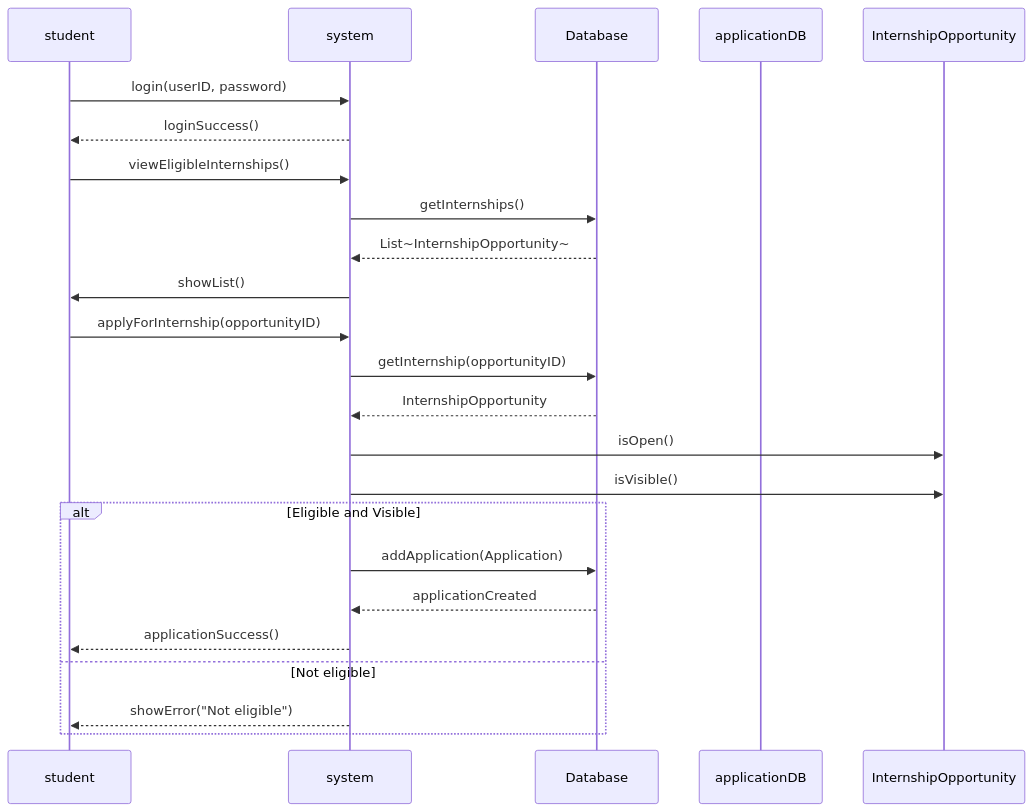
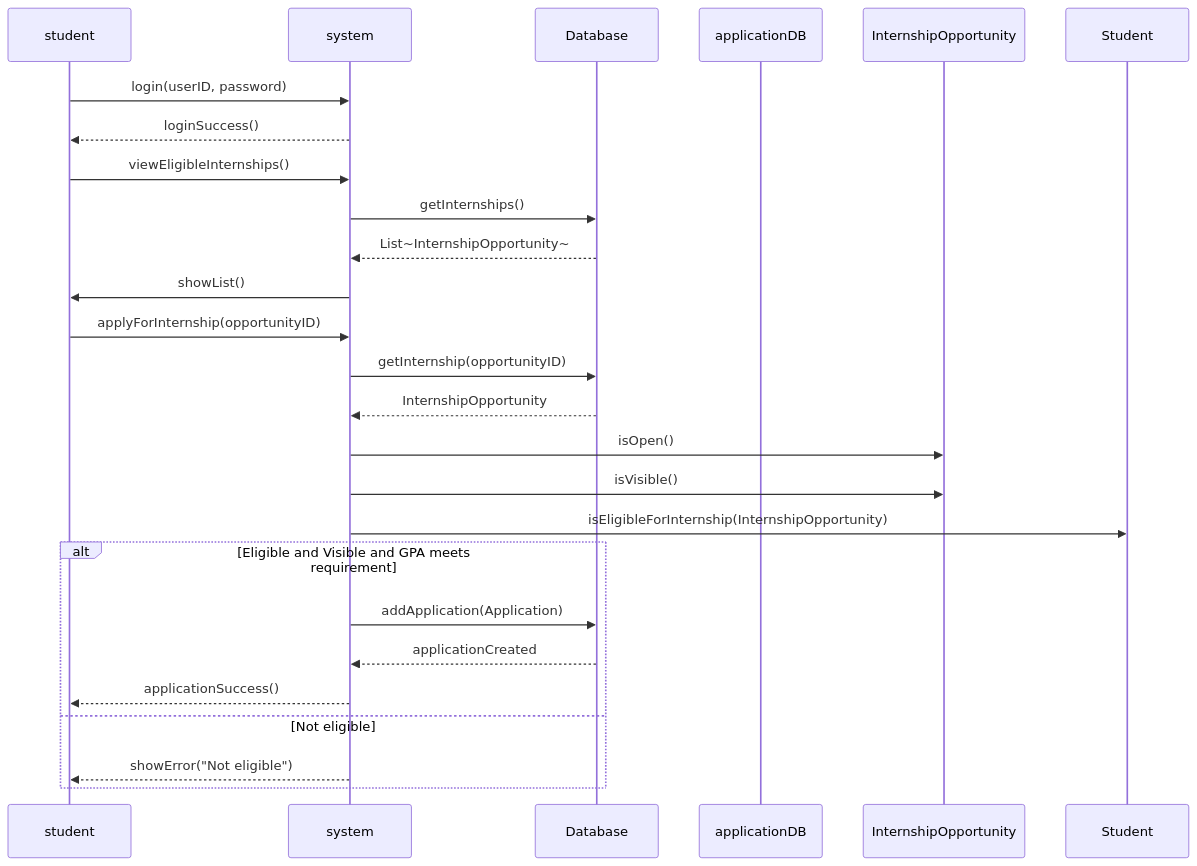
The second of 9 diagrams in README.md (AY25-26-Sem-1-SC2002-SDDA-Group-1/sc2002-oop-assignment), drawn with Mermaid before and after one commit. The commit also changed other lines of this file and 23 other files, not shown here.

````diff
--- a/README.md
+++ b/README.md
@@ -337,57 +415,57 @@
 ```mermaid
 sequenceDiagram
 
     participant student
 
     participant system
 
     participant Database
 
     participant applicationDB
 
 
 
     student->>system: login(userID, password)
 
     system-->>student: loginSuccess()
 
 
 
     student->>system: viewEligibleInternships()
 
     system->>Database: getInternships()
 
     Database-->>system: List~InternshipOpportunity~
 
     system->>student: showList()
 
 
 
     student->>system: applyForInternship(opportunityID)
 
     system->>Database: getInternship(opportunityID)
 
     Database-->>system: InternshipOpportunity
 
 
 
     system->>InternshipOpportunity: isOpen()
 
     system->>InternshipOpportunity: isVisible()
 
+    system->>Student: isEligibleForInternship(InternshipOpportunity)
 
-
-    alt Eligible and Visible
+    alt Eligible and Visible and GPA meets requirement
 
         system->>Database: addApplication(Application)
 
         Database-->>system: applicationCreated
 
         system-->>student: applicationSuccess()
 
     else Not eligible
 
         system-->>student: showError("Not eligible")
 
     end
 ```
````
